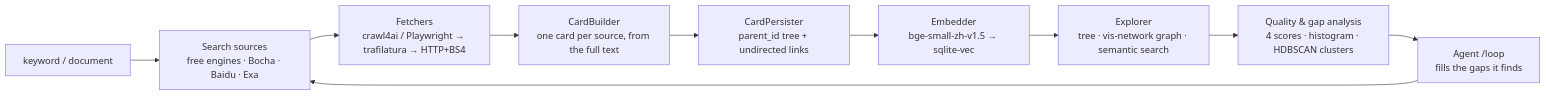
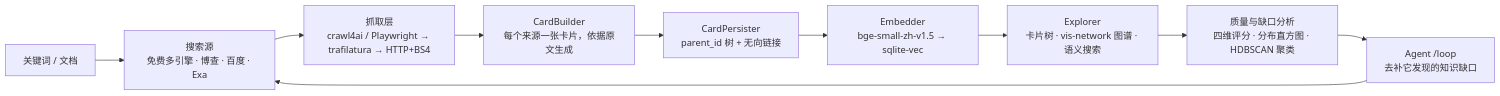
One commit to TC635807/KnowledgeDiver changed the diagram in README.md. Above: the diagram before and after it, drawn with Mermaid. The commit also changed other lines of this file and 2 other files, not shown here.

````diff
--- a/README.md
+++ b/README.md
@@ -144,12 +134,12 @@
 ```mermaid
 flowchart LR
-    KW["keyword / document"] --> SRC["Search sources<br/>free engines · Bocha · Baidu · Exa"]
-    SRC --> FETCH["Fetchers<br/>crawl4ai / Playwright → trafilatura → HTTP+BS4"]
-    FETCH --> CB["CardBuilder<br/>one card per source, from the full text"]
-    CB --> PERSIST["CardPersister<br/>parent_id tree + undirected links"]
+    KW["关键词 / 文档"] --> SRC["搜索源<br/>免费多引擎 · 博查 · 百度 · Exa"]
+    SRC --> FETCH["抓取层<br/>crawl4ai / Playwright → trafilatura → HTTP+BS4"]
+    FETCH --> CB["CardBuilder<br/>每个来源一张卡片，依据原文生成"]
+    CB --> PERSIST["CardPersister<br/>parent_id 树 + 无向链接"]
     PERSIST --> EMB["Embedder<br/>bge-small-zh-v1.5 → sqlite-vec"]
-    EMB --> EXPL["Explorer<br/>tree · vis-network graph · semantic search"]
-    EXPL --> QUAL["Quality &amp; gap analysis<br/>4 scores · histogram · HDBSCAN clusters"]
-    QUAL --> AGENT["Agent /loop<br/>fills the gaps it finds"]
+    EMB --> EXPL["Explorer<br/>卡片树 · vis-network 图谱 · 语义搜索"]
+    EXPL --> QUAL["质量与缺口分析<br/>四维评分 · 分布直方图 · HDBSCAN 聚类"]
+    QUAL --> AGENT["Agent /loop<br/>去补它发现的知识缺口"]
     AGENT --> SRC
 ```
````
